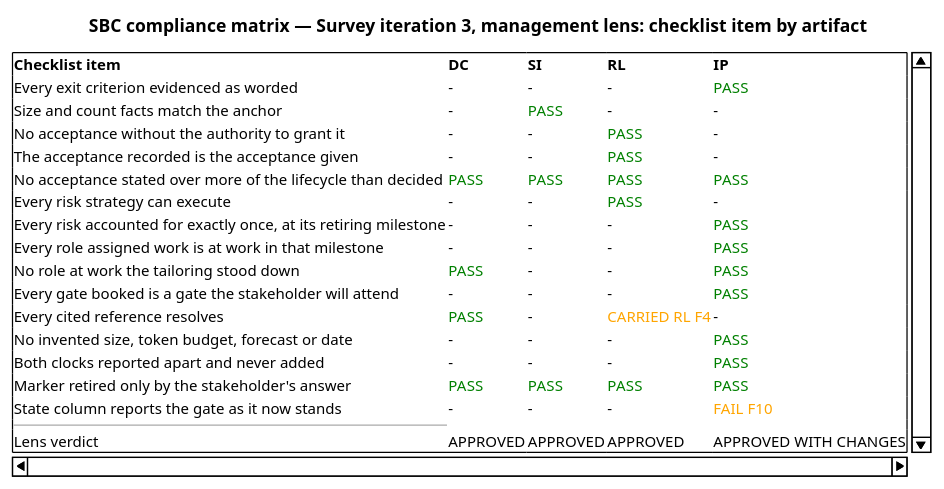
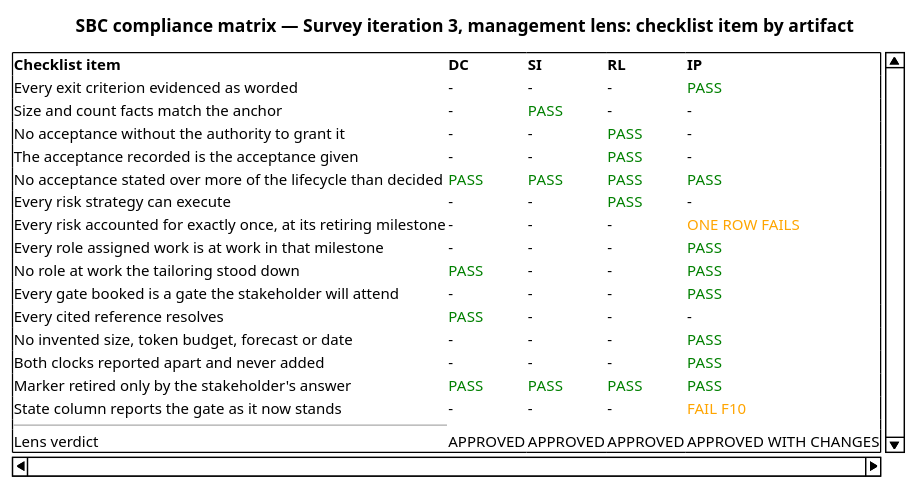
Diagram 12 of 13 in docs/artifacts/project-management/review-record.md (banense-test/TodoApp), drawn with PlantUML before and after one commit. The commit also changed other lines of this file, not shown here.

````diff
--- a/docs/artifacts/project-management/review-record.md
+++ b/docs/artifacts/project-management/review-record.md
@@ -1086,27 +1086,27 @@
 ```plantuml
 @startsalt
 title SBC compliance matrix — Survey iteration 3, management lens: checklist item by artifact
 {
 {S
 <b>Checklist item</b> | <b>DC</b> | <b>SI</b> | <b>RL</b> | <b>IP</b>
 Every exit criterion evidenced as worded | - | - | - | <color:green>PASS</color>
 Size and count facts match the anchor | - | <color:green>PASS</color> | - | -
 No acceptance without the authority to grant it | - | - | <color:green>PASS</color> | -
 The acceptance recorded is the acceptance given | - | - | <color:green>PASS</color> | -
 No acceptance stated over more of the lifecycle than decided | <color:green>PASS</color> | <color:green>PASS</color> | <color:green>PASS</color> | <color:green>PASS</color>
 Every risk strategy can execute | - | - | <color:green>PASS</color> | -
-Every risk accounted for exactly once, at its retiring milestone | - | - | - | <color:green>PASS</color>
+Every risk accounted for exactly once, at its retiring milestone | - | - | - | <color:orange>ONE ROW FAILS</color>
 Every role assigned work is at work in that milestone | - | - | - | <color:green>PASS</color>
 No role at work the tailoring stood down | <color:green>PASS</color> | - | - | <color:green>PASS</color>
 Every gate booked is a gate the stakeholder will attend | - | - | - | <color:green>PASS</color>
-Every cited reference resolves | <color:green>PASS</color> | - | <color:orange>CARRIED RL F4</color> | -
+Every cited reference resolves | <color:green>PASS</color> | - | - | -
 No invented size, token budget, forecast or date | - | - | - | <color:green>PASS</color>
 Both clocks reported apart and never added | - | - | - | <color:green>PASS</color>
 Marker retired only by the stakeholder's answer | <color:green>PASS</color> | <color:green>PASS</color> | <color:green>PASS</color> | <color:green>PASS</color>
 State column reports the gate as it now stands | - | - | - | <color:orange>FAIL F10</color>
 --
 Lens verdict | APPROVED | APPROVED | APPROVED | APPROVED WITH CHANGES
 }
 }
 @endsalt
 ```
````
